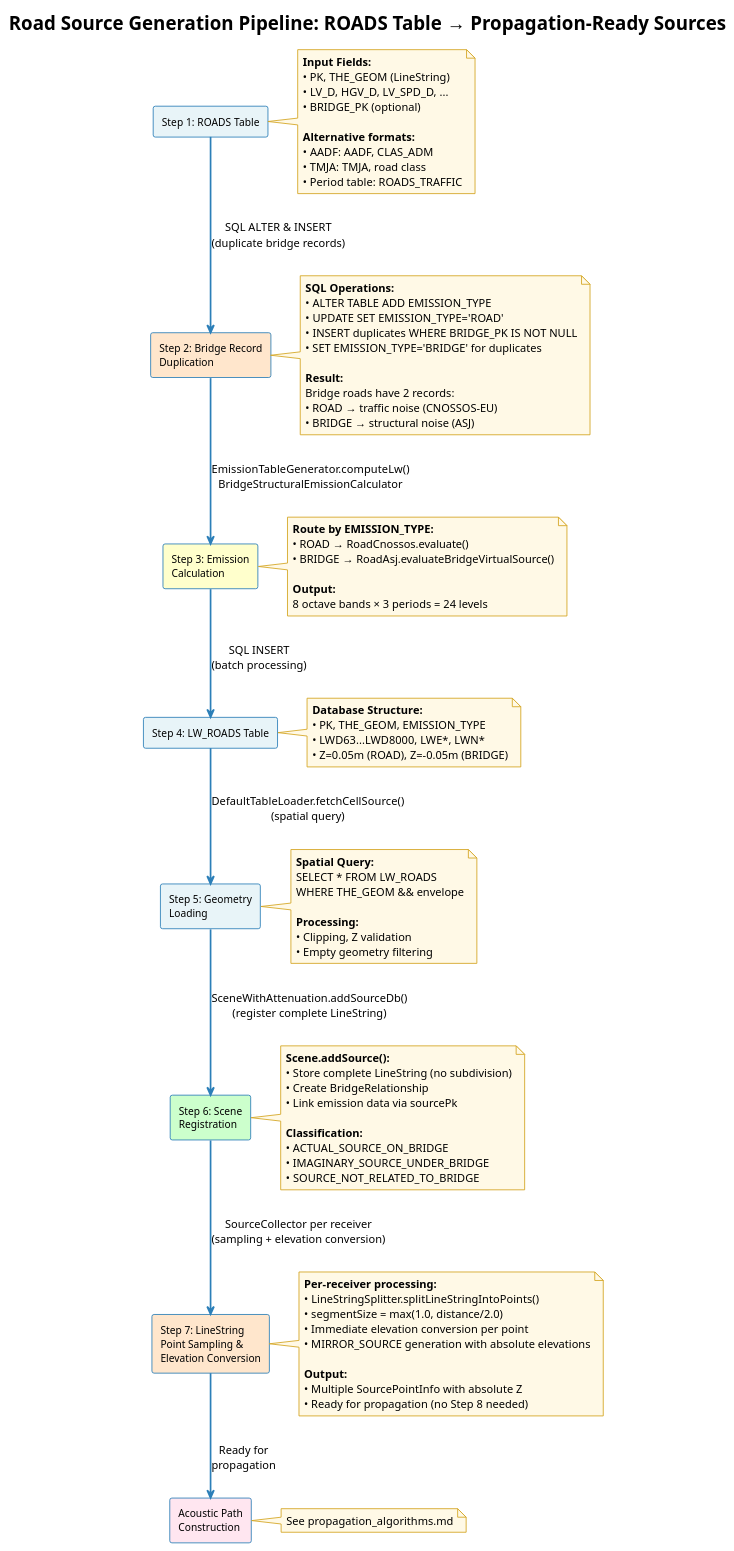
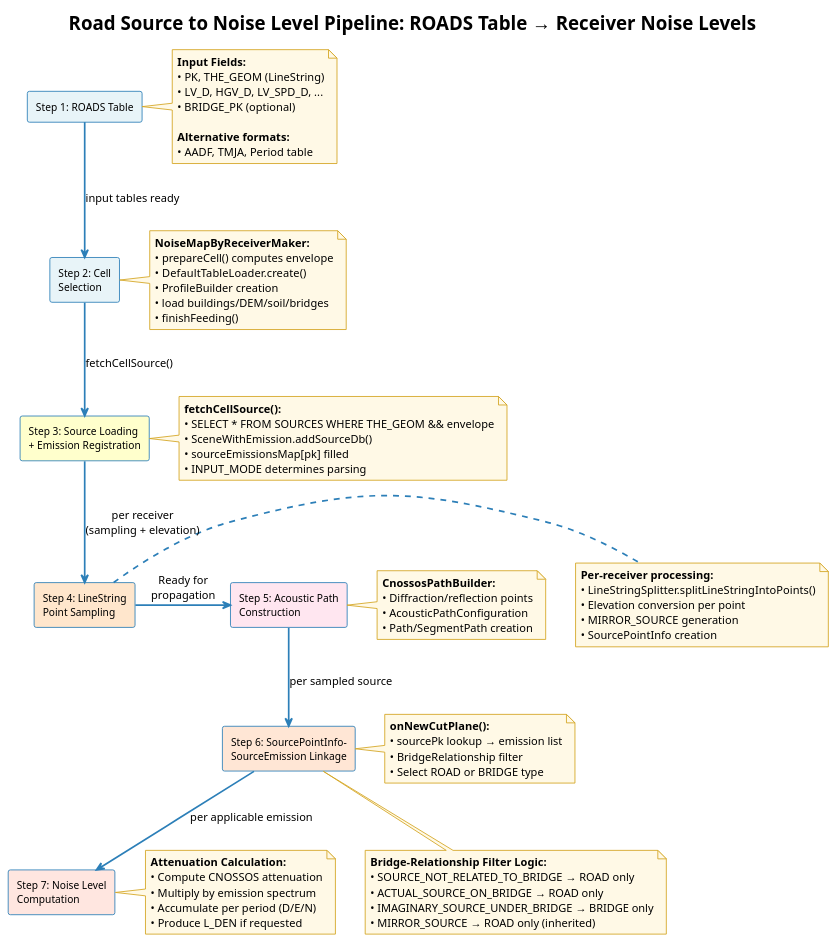
The diagram in Docs-dev/source_algorithms.md (jtagusari/NoiseModelling), drawn with PlantUML before and after one commit. The commit also changed other lines of this file and 24 other files, not shown here.

````diff
--- a/Docs-dev/source_algorithms.md
+++ b/Docs-dev/source_algorithms.md
@@ -34,8 +39,9 @@
   Thickness 2
 }
 
-title Road Source Generation Pipeline: ROADS Table → Propagation-Ready Sources
+title Road Source to Noise Level Pipeline: ROADS Table → Receiver Noise Levels
 
+' PHASE 1: Source Processing
 rectangle "Step 1: ROADS Table" as step1 #E8F4F8
 note right of step1
   **Input Fields:**
@@ -44,93 +50,79 @@
   • BRIDGE_PK (optional)
   
   **Alternative formats:**
-  • AADF: AADF, CLAS_ADM
-  • TMJA: TMJA, road class
-  • Period table: ROADS_TRAFFIC
+  • AADF, TMJA, Period table
 end note
 
-rectangle "Step 2: Bridge Record\nDuplication" as step2 #FFE6CC
+rectangle "Step 2: Cell\nSelection" as step2 #E8F4F8
 note right of step2
-  **SQL Operations:**
-  • ALTER TABLE ADD EMISSION_TYPE
-  • UPDATE SET EMISSION_TYPE='ROAD'
-  • INSERT duplicates WHERE BRIDGE_PK IS NOT NULL
-  • SET EMISSION_TYPE='BRIDGE' for duplicates
-  
-  **Result:**
-  Bridge roads have 2 records:
-  • ROAD → traffic noise (CNOSSOS-EU)
-  • BRIDGE → structural noise (ASJ)
+  **NoiseMapByReceiverMaker:**
+  • prepareCell() computes envelope
+  • DefaultTableLoader.create()
+  • ProfileBuilder creation
+  • load buildings/DEM/soil/bridges
+  • finishFeeding()
 end note
 
-rectangle "Step 3: Emission\nCalculation" as step3 #FFFFCC
+rectangle "Step 3: Source Loading\n+ Emission Registration" as step3 #FFFFCC
 note right of step3
-  **Route by EMISSION_TYPE:**
-  • ROAD → RoadCnossos.evaluate()
-  • BRIDGE → RoadAsj.evaluateBridgeVirtualSource()
-  
-  **Output:**
-  8 octave bands × 3 periods = 24 levels
+  **fetchCellSource():**
+  • SELECT * FROM SOURCES WHERE THE_GEOM && envelope
+  • SceneWithEmission.addSourceDb()
+  • sourceEmissionsMap[pk] filled
+  • INPUT_MODE determines parsing
 end note
 
-rectangle "Step 4: LW_ROADS Table" as step4 #E8F4F8
+rectangle "Step 4: LineString\nPoint Sampling" as step4 #FFE6CC
 note right of step4
-  **Database Structure:**
-  • PK, THE_GEOM, EMISSION_TYPE
-  • LWD63...LWD8000, LWE*, LWN*
-  • Z=0.05m (ROAD), Z=-0.05m (BRIDGE)
+  **Per-receiver processing:**
+  • LineStringSplitter.splitLineStringIntoPoints()
+  • Elevation conversion per point
+  • MIRROR_SOURCE generation
+  • SourcePointInfo creation
 end note
 
-rectangle "Step 5: Geometry\nLoading" as step5 #E8F4F8
+step1 -down-> step2 : input tables ready
+step2 -down-> step3 : fetchCellSource()
+step3 -down-> step4 : per receiver\n(sampling + elevation)
+
+' PHASE 2: Propagation Calculation
+rectangle "Step 5: Acoustic Path\nConstruction" as step5 #FFE6F0
 note right of step5
-  **Spatial Query:**
-  SELECT * FROM LW_ROADS
-  WHERE THE_GEOM && envelope
-  
-  **Processing:**
-  • Clipping, Z validation
-  • Empty geometry filtering
+  **CnossosPathBuilder:**
+  • Diffraction/reflection points
+  • AcousticPathConfiguration
+  • Path/SegmentPath creation
 end note
 
-rectangle "Step 6: Scene\nRegistration" as step6 #CCFFCC
+rectangle "Step 6: SourcePointInfo-\nSourceEmission Linkage" as step6 #FFE6D5
 note right of step6
-  **Scene.addSource():**
-  • Store complete LineString (no subdivision)
-  • Create BridgeRelationship
-  • Link emission data via sourcePk
-  
-  **Classification:**
-  • ACTUAL_SOURCE_ON_BRIDGE
-  • IMAGINARY_SOURCE_UNDER_BRIDGE
-  • SOURCE_NOT_RELATED_TO_BRIDGE
+  **onNewCutPlane():**
+  • sourcePk lookup → emission list
+  • BridgeRelationship filter
+  • Select ROAD or BRIDGE type
 end note
 
-rectangle "Step 7: LineString\nPoint Sampling &\nElevation Conversion" as step7 #FFE6CC
+rectangle "Step 7: Noise Level\nComputation" as step7 #FFE6E0
 note right of step7
-  **Per-receiver processing:**
-  • LineStringSplitter.splitLineStringIntoPoints()
-  • segmentSize = max(1.0, distance/2.0)
-  • Immediate elevation conversion per point
-  • MIRROR_SOURCE generation with absolute elevations
-  
-  **Output:**
-  • Multiple SourcePointInfo with absolute Z
-  • Ready for propagation (no Step 8 needed)
+  **Attenuation Calculation:**
+  • Compute CNOSSOS attenuation
+  • Multiply by emission spectrum
+  • Accumulate per period (D/E/N)
+  • Produce L_DEN if requested
 end note
 
-rectangle "Acoustic Path\nConstruction" as propagation #FFE6F0
-note right of propagation
-  See propagation_algorithms.md
+step5 -down-> step6 : per sampled source
+step6 -down-> step7 : per applicable emission
+
+step4 -right-> step5 : Ready for\npropagation
+
+note bottom of step6
+  **Bridge-Relationship Filter Logic:**
+  • SOURCE_NOT_RELATED_TO_BRIDGE → ROAD only
+  • ACTUAL_SOURCE_ON_BRIDGE → ROAD only
+  • IMAGINARY_SOURCE_UNDER_BRIDGE → BRIDGE only
+  • MIRROR_SOURCE → ROAD only (inherited)
 end note
-
-step1 -down-> step2 : SQL ALTER & INSERT\n(duplicate bridge records)
-step2 -down-> step3 : EmissionTableGenerator.computeLw()\nBridgeStructuralEmissionCalculator
-step3 -down-> step4 : SQL INSERT\n(batch processing)
-step4 -down-> step5 : DefaultTableLoader.fetchCellSource()\n(spatial query)
-step5 -down-> step6 : SceneWithAttenuation.addSourceDb()\n(register complete LineString)
-step6 -down-> step7 : SourceCollector per receiver\n(sampling + elevation conversion)
-step7 -down-> propagation : Ready for\npropagation
-
 
 @enduml
 ```
````
